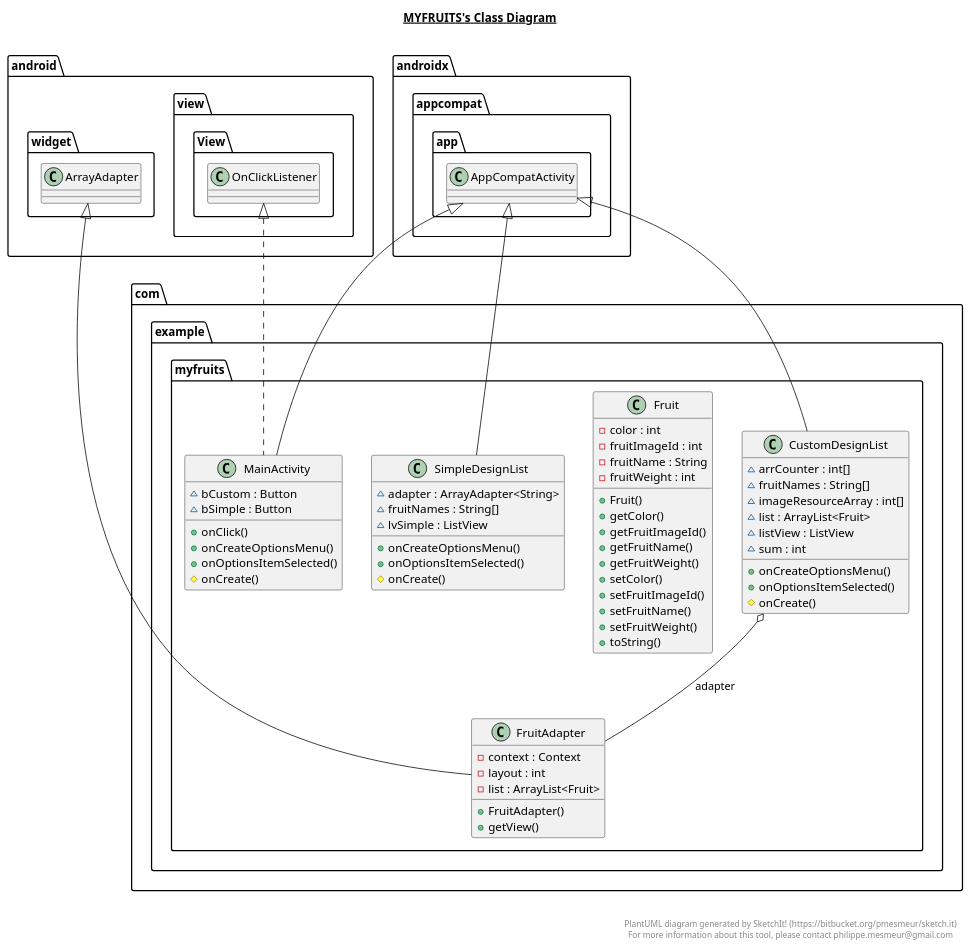
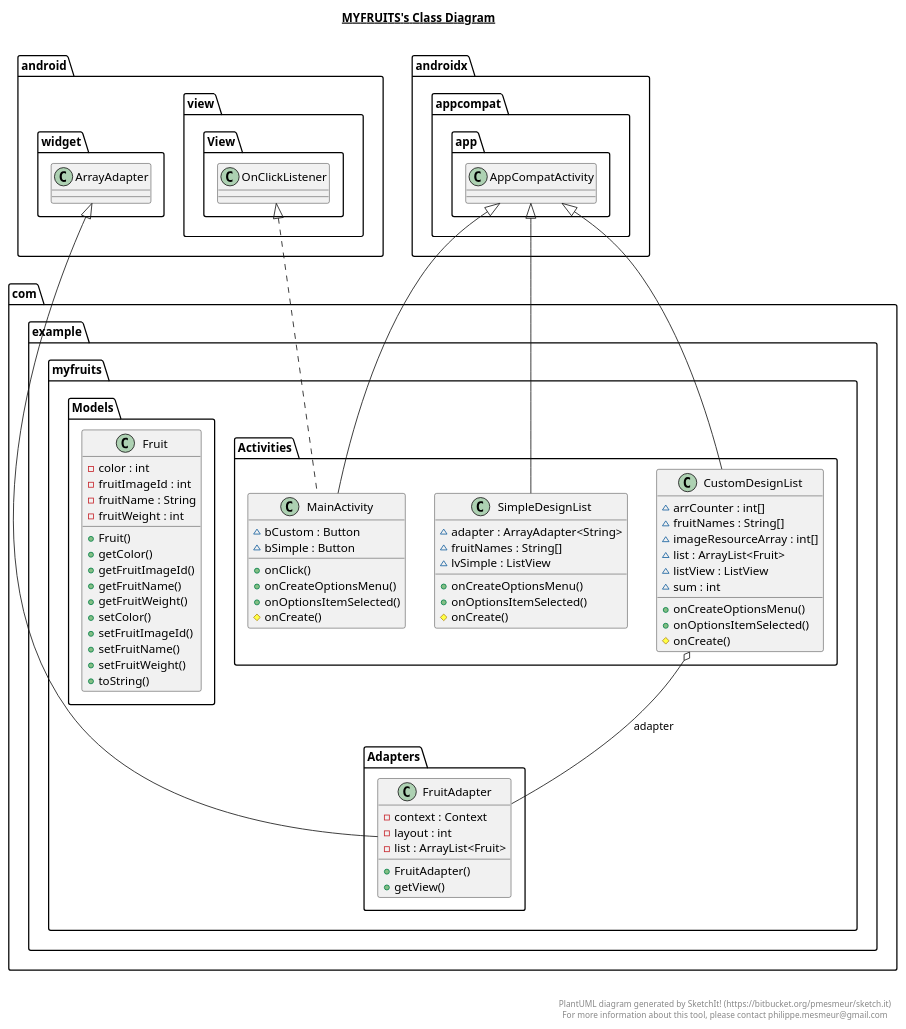
Before and after one commit to VikiSham/MyFruitsServiseBroadcast: the diagram in app/src/main/java/com/example/myfruits/myfruits.plantuml, drawn with PlantUML. The commit also changed 25 other files, not shown here.

```diff
--- a/app/src/main/java/com/example/myfruits/myfruits.plantuml
+++ b/app/src/main/java/com/example/myfruits/myfruits.plantuml
@@ -1,90 +1,90 @@
 @startuml
 
 title __MYFRUITS's Class Diagram__\n
 
   namespace com.example.myfruits {
-    class com.example.myfruits.CustomDesignList {
+    class com.example.myfruits.Activities.CustomDesignList {
         ~ arrCounter : int[]
         ~ fruitNames : String[]
         ~ imageResourceArray : int[]
         ~ list : ArrayList<Fruit>
         ~ listView : ListView
         ~ sum : int
         + onCreateOptionsMenu()
         + onOptionsItemSelected()
         # onCreate()
     }
   }
   
 
   namespace com.example.myfruits {
-    class com.example.myfruits.Fruit {
+    class com.example.myfruits.Models.Fruit {
         - color : int
         - fruitImageId : int
         - fruitName : String
         - fruitWeight : int
         + Fruit()
         + getColor()
         + getFruitImageId()
         + getFruitName()
         + getFruitWeight()
         + setColor()
         + setFruitImageId()
         + setFruitName()
         + setFruitWeight()
         + toString()
     }
   }
   
 
   namespace com.example.myfruits {
-    class com.example.myfruits.FruitAdapter {
+    class com.example.myfruits.Adapters.FruitAdapter {
         - context : Context
         - layout : int
         - list : ArrayList<Fruit>
         + FruitAdapter()
         + getView()
     }
   }
   
 
   namespace com.example.myfruits {
-    class com.example.myfruits.MainActivity {
+    class com.example.myfruits.Activities.MainActivity {
         ~ bCustom : Button
         ~ bSimple : Button
         + onClick()
         + onCreateOptionsMenu()
         + onOptionsItemSelected()
         # onCreate()
     }
   }
   
 
   namespace com.example.myfruits {
-    class com.example.myfruits.SimpleDesignList {
+    class com.example.myfruits.Activities.SimpleDesignList {
         ~ adapter : ArrayAdapter<String>
         ~ fruitNames : String[]
         ~ lvSimple : ListView
         + onCreateOptionsMenu()
         + onOptionsItemSelected()
         # onCreate()
     }
   }
   
 
-  com.example.myfruits.CustomDesignList -up-|> androidx.appcompat.app.AppCompatActivity
-  com.example.myfruits.CustomDesignList o-- com.example.myfruits.FruitAdapter : adapter
-  com.example.myfruits.FruitAdapter -up-|> android.widget.ArrayAdapter
-  com.example.myfruits.MainActivity .up.|> android.view.View.OnClickListener
-  com.example.myfruits.MainActivity -up-|> androidx.appcompat.app.AppCompatActivity
-  com.example.myfruits.SimpleDesignList -up-|> androidx.appcompat.app.AppCompatActivity
+  com.example.myfruits.Activities.CustomDesignList -up-|> androidx.appcompat.app.AppCompatActivity
+  com.example.myfruits.Activities.CustomDesignList o-- com.example.myfruits.Adapters.FruitAdapter : adapter
+  com.example.myfruits.Adapters.FruitAdapter -up-|> android.widget.ArrayAdapter
+  com.example.myfruits.Activities.MainActivity .up.|> android.view.View.OnClickListener
+  com.example.myfruits.Activities.MainActivity -up-|> androidx.appcompat.app.AppCompatActivity
+  com.example.myfruits.Activities.SimpleDesignList -up-|> androidx.appcompat.app.AppCompatActivity
 
 
 right footer
 
 
 PlantUML diagram generated by SketchIt! (https://bitbucket.org/pmesmeur/sketch.it)
 For more information about this tool, please contact philippe.mesmeur@gmail.com
 endfooter
 
 @enduml
```
